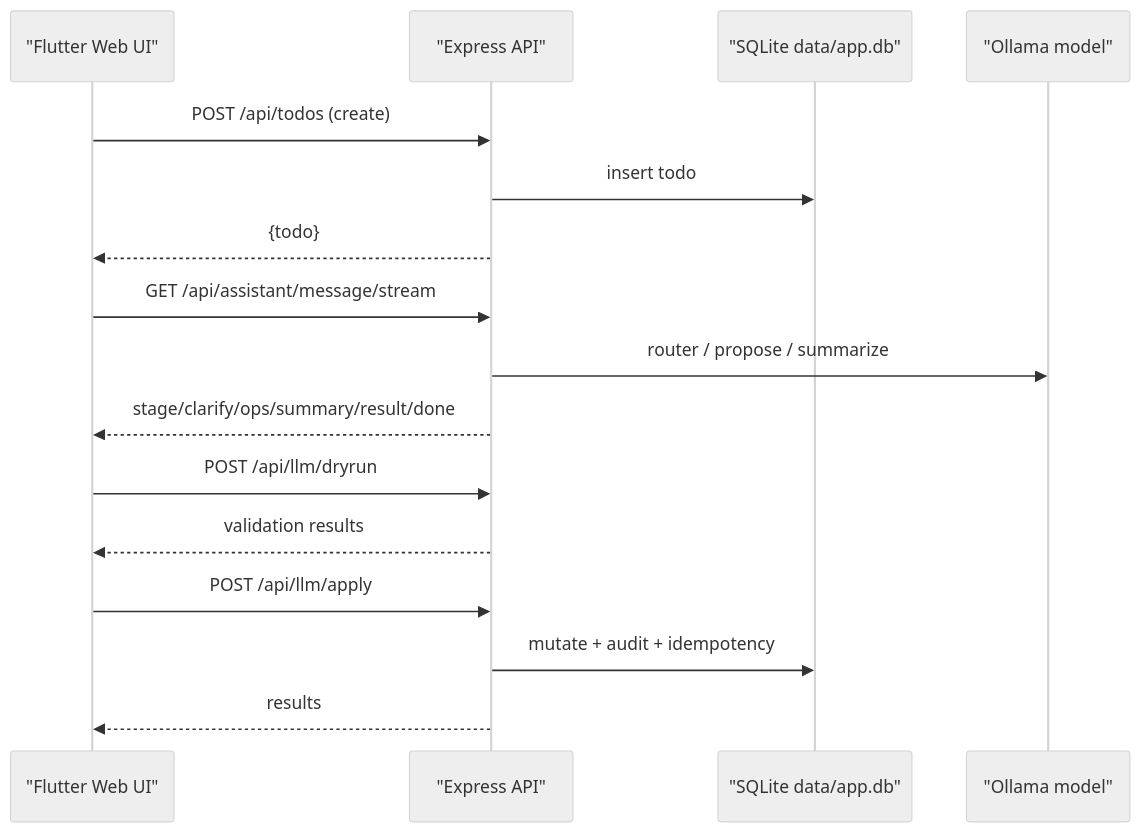
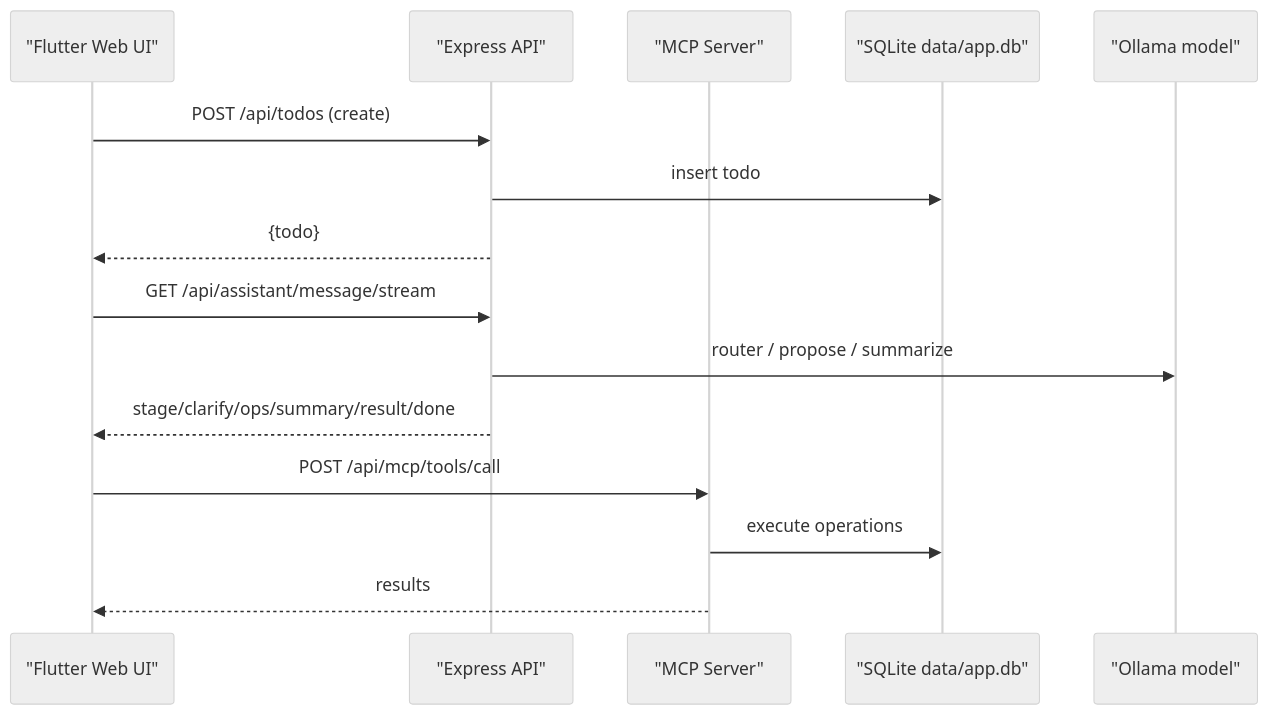
The second of 2 diagrams in docs/mindmap/README.md (dantheman454/habit_app), drawn with Mermaid (neutral theme) before and after one commit. The commit also changed other lines of this file and 5 other files, not shown here.

First line of the commit message:
feat: transition to MCP tools for operation execution and enhance API documentation

````diff
--- a/docs/mindmap/README.md
+++ b/docs/mindmap/README.md
@@ -32,21 +35,20 @@
 ```mermaid
 sequenceDiagram
   participant UI as "Flutter Web UI"
   participant API as "Express API"
+  participant MCP as "MCP Server"
   participant DB as "SQLite data/app.db"
   participant LLM as "Ollama model"
 
   UI->>API: POST /api/todos (create)
   API->>DB: insert todo
   API-->>UI: {todo}
 
   UI->>API: GET /api/assistant/message/stream
   API->>LLM: router / propose / summarize
   API-->>UI: stage/clarify/ops/summary/result/done
 
-  UI->>API: POST /api/llm/dryrun
-  API-->>UI: validation results
-  UI->>API: POST /api/llm/apply
-  API->>DB: mutate + audit + idempotency
-  API-->>UI: results
+  UI->>MCP: POST /api/mcp/tools/call
+  MCP->>DB: execute operations
+  MCP-->>UI: results
 ```
````
